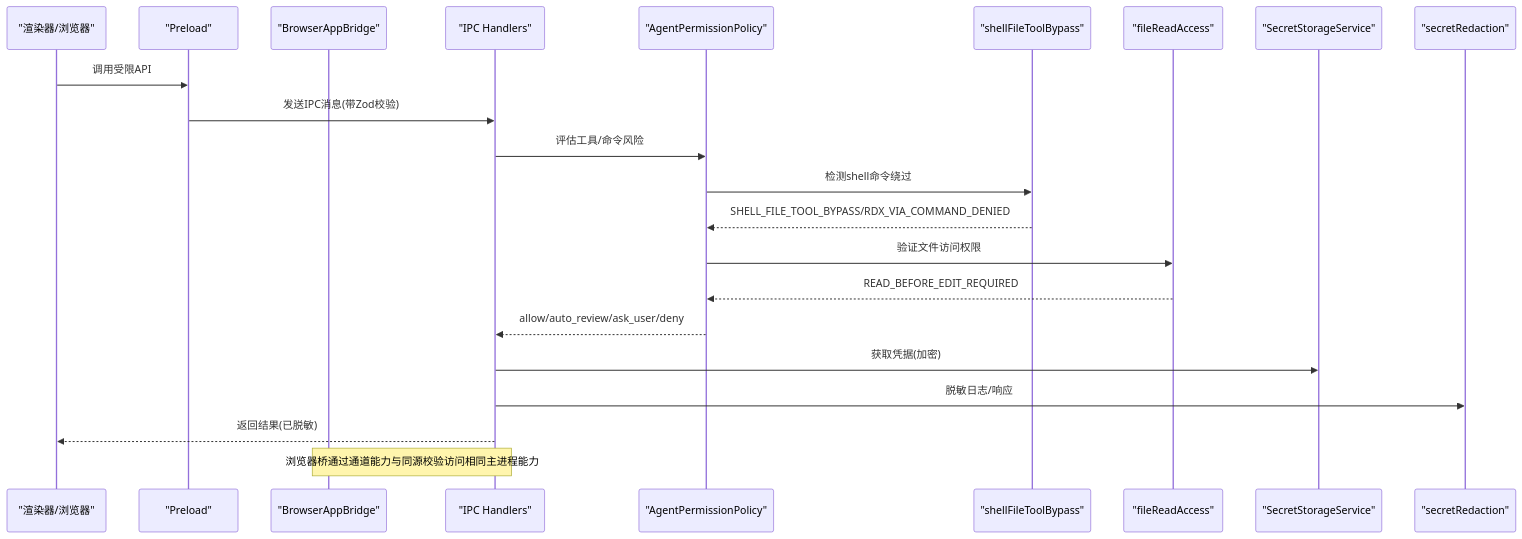
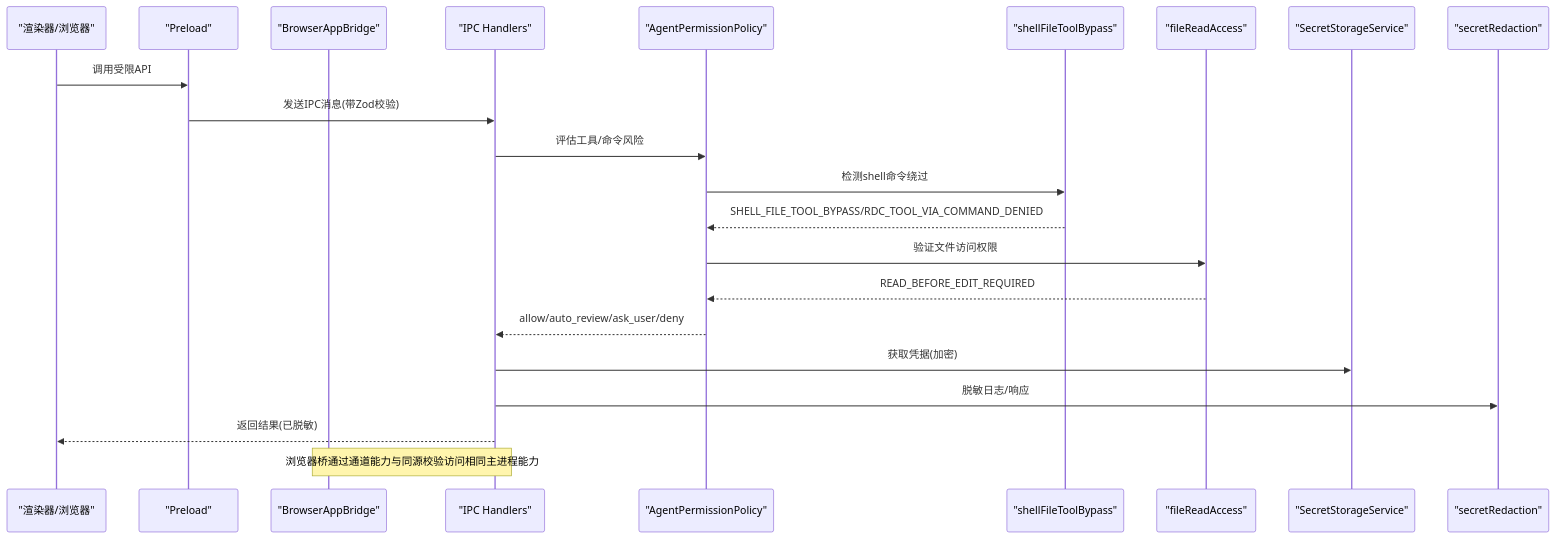
Before and after one commit to haolange/RDC-Agent: the second of 11 diagrams in .qoder/repowiki/zh/content/安全考虑/安全考虑.md, drawn with Mermaid. The commit also changed other lines of this file and 557 other files, not shown here.

First line of the commit message:
Unify RDC-Agent identity and canonical RDC-Tool integration

````diff
--- a/.qoder/repowiki/zh/content/安全考虑/安全考虑.md
+++ b/.qoder/repowiki/zh/content/安全考虑/安全考虑.md
@@ -144,24 +144,24 @@
 ```mermaid
 sequenceDiagram
 participant UI as "渲染器/浏览器"
 participant Preload as "Preload"
 participant Bridge as "BrowserAppBridge"
 participant IPC as "IPC Handlers"
 participant Policy as "AgentPermissionPolicy"
 participant Bypass as "shellFileToolBypass"
 participant Access as "fileReadAccess"
 participant Store as "SecretStorageService"
 participant Redact as "secretRedaction"
 UI->>Preload : 调用受限API
 Preload->>IPC : 发送IPC消息(带Zod校验)
 IPC->>Policy : 评估工具/命令风险
 Policy->>Bypass : 检测shell命令绕过
-Bypass-->>Policy : SHELL_FILE_TOOL_BYPASS/RDX_VIA_COMMAND_DENIED
+Bypass-->>Policy : SHELL_FILE_TOOL_BYPASS/RDC_TOOL_VIA_COMMAND_DENIED
 Policy->>Access : 验证文件访问权限
 Access-->>Policy : READ_BEFORE_EDIT_REQUIRED
 Policy-->>IPC : allow/auto_review/ask_user/deny
 IPC->>Store : 获取凭据(加密)
 IPC->>Redact : 脱敏日志/响应
 IPC-->>UI : 返回结果(已脱敏)
 Note over Bridge,IPC : 浏览器桥通过通道能力与同源校验访问相同主进程能力
 ```
````
